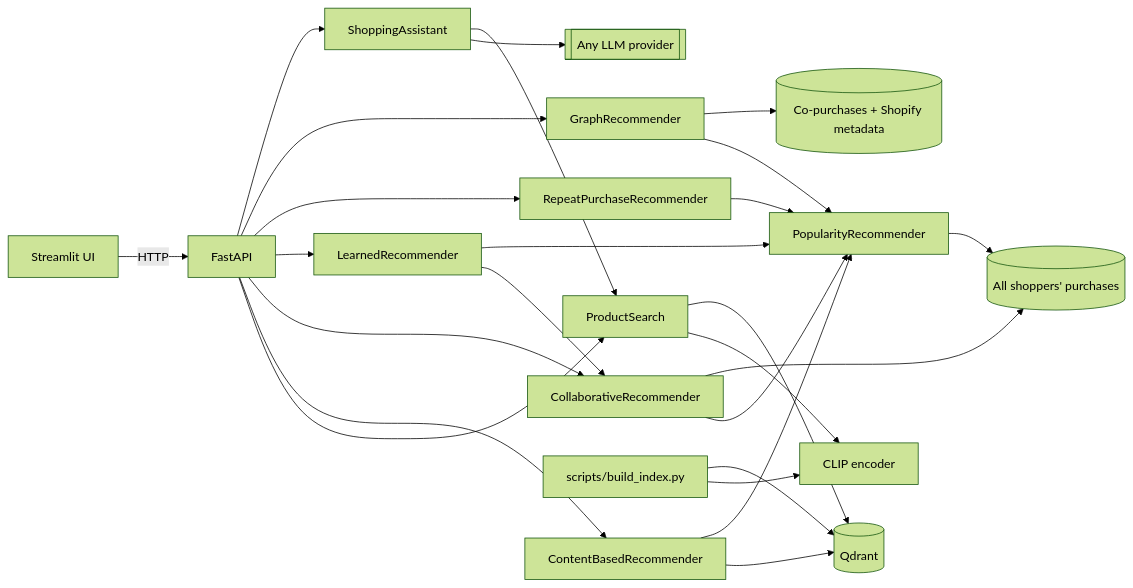
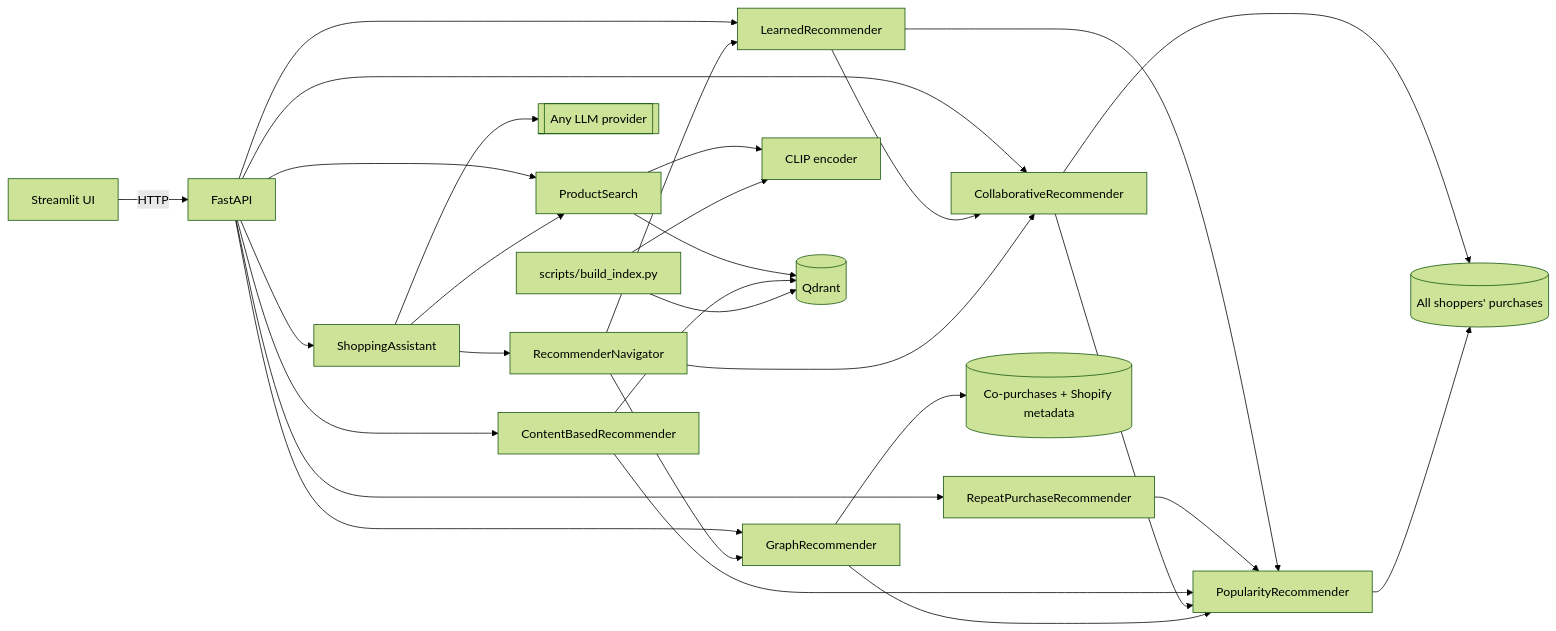
Before and after one commit to yo1am1/curio: the diagram in docs/technical-guide.md, drawn with Mermaid (forest theme). The commit also changed other lines of this file and 19 other files, not shown here.

````diff
--- a/docs/technical-guide.md
+++ b/docs/technical-guide.md
@@ -106,23 +106,25 @@
 ```mermaid
 flowchart LR
     UI[Streamlit UI] -- HTTP --> API[FastAPI]
     API --> S[ProductSearch]
     API --> CB[ContentBasedRecommender]
     API --> CF[CollaborativeRecommender]
     API --> R[LearnedRecommender]
     API --> RP[RepeatPurchaseRecommender]
     R --> CF & P
     RP --> P
     API --> G[GraphRecommender]
     API --> A[ShoppingAssistant]
     S --> E[CLIP encoder]
     S --> Q[(Qdrant)]
     CB --> Q
     CB & CF --> P[PopularityRecommender]
     CF & P --> SP[(All shoppers' purchases)]
     G --> P
     G --> KG[(Co-purchases + Shopify metadata)]
     A --> LLM[[Any LLM provider]]
     A --> S
+    A --> N[RecommenderNavigator]
+    N --> G & R & CF
     B[scripts/build_index.py] --> E & Q
 ```
````
